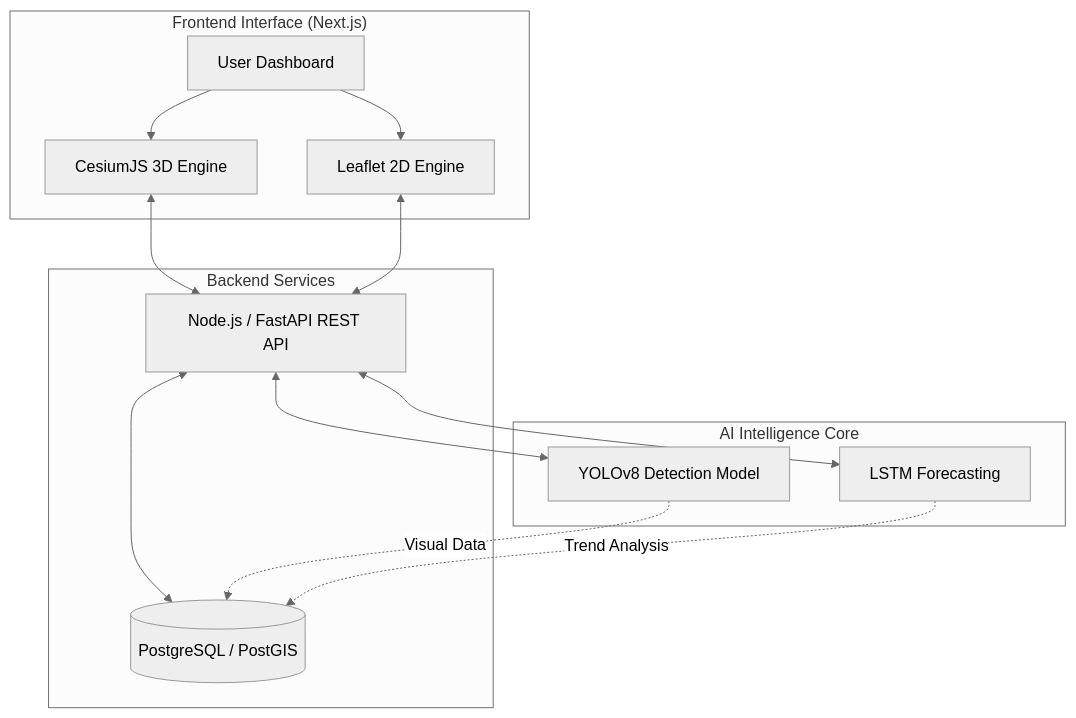
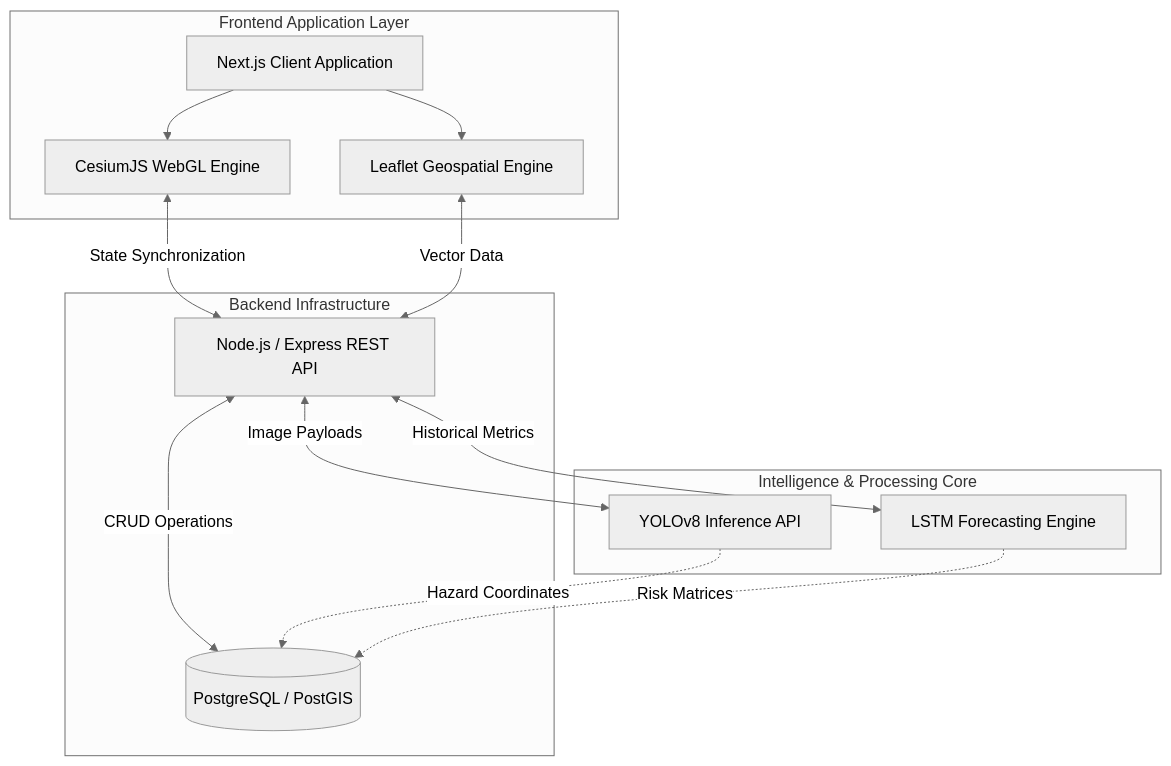
The diagram in README.md (m4n1kya/ARGUS), drawn with Mermaid (neutral theme) before and after one commit. The commit also changed other lines of this file, not shown here.

````diff
--- a/README.md
+++ b/README.md
@@ -60,29 +68,30 @@
 ```mermaid
 graph TD
-    subgraph "Frontend Interface (Next.js)"
-        UI[User Dashboard]
-        3D[CesiumJS 3D Engine]
-        2D[Leaflet 2D Engine]
+    subgraph Frontend Application Layer
+        UI[Next.js Client Application]
+        3D[CesiumJS WebGL Engine]
+        2D[Leaflet Geospatial Engine]
         UI --> 3D
         UI --> 2D
     end
 
-    subgraph "AI Intelligence Core"
-        Vision[YOLOv8 Detection Model]
-        Predictive[LSTM Forecasting]
+    subgraph Intelligence & Processing Core
+        Vision[YOLOv8 Inference API]
+        Predictive[LSTM Forecasting Engine]
     end
 
-    subgraph "Backend Services"
-        API[Node.js / FastAPI REST API]
-        DB[(PostgreSQL / PostGIS)]
+    subgraph Backend Infrastructure
+        API[Node.js / Express REST API]
+        DataLake[(PostgreSQL / PostGIS)]
     end
 
-    3D <--> API
-    2D <--> API
-    API <--> DB
-    API <--> Vision
-    API <--> Predictive
+    3D <-->|State Synchronization| API
+    2D <-->|Vector Data| API
+    API <-->|CRUD Operations| DataLake
     
-    Vision -. "Visual Data" .-> DB
-    Predictive -. "Trend Analysis" .-> DB
+    API <-->|Image Payloads| Vision
+    API <-->|Historical Metrics| Predictive
+    
+    Vision -.->|Hazard Coordinates| DataLake
+    Predictive -.->|Risk Matrices| DataLake
 ```
````
